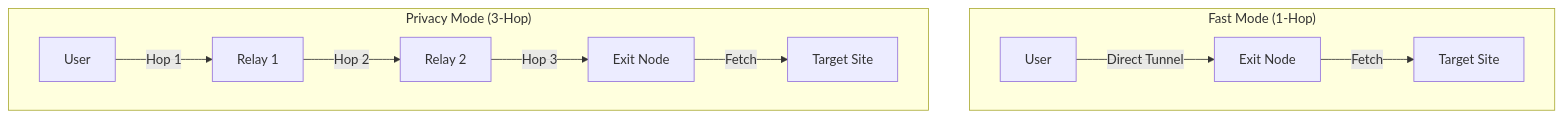
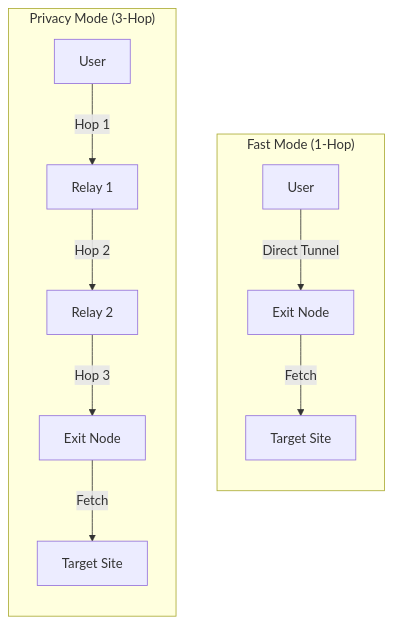
Before and after one commit to QW1CKS/qnet: the fourth of 13 diagrams in README.md, drawn with Mermaid. The commit also changed other lines of this file, not shown here.

Commit message:
Implement feature X to enhance user experience and optimize performance

````diff
--- a/README.md
+++ b/README.md
@@ -207,14 +193,18 @@
 ```mermaid
 graph TB
     subgraph "Fast Mode (1-Hop)"
-        U1[User] -->|Direct Tunnel| E1[Exit Node]
+        direction TB
+        U1[User]
+        U1 -->|Direct Tunnel| E1[Exit Node]
         E1 -->|Fetch| T1[Target Site]
     end
     
     subgraph "Privacy Mode (3-Hop)"
-        U2[User] -->|Hop 1| R1[Relay 1]
+        direction TB
+        U2[User]
+        U2 -->|Hop 1| R1[Relay 1]
         R1 -->|Hop 2| R2[Relay 2]
         R2 -->|Hop 3| E2[Exit Node]
         E2 -->|Fetch| T2[Target Site]
     end
 ```
````
